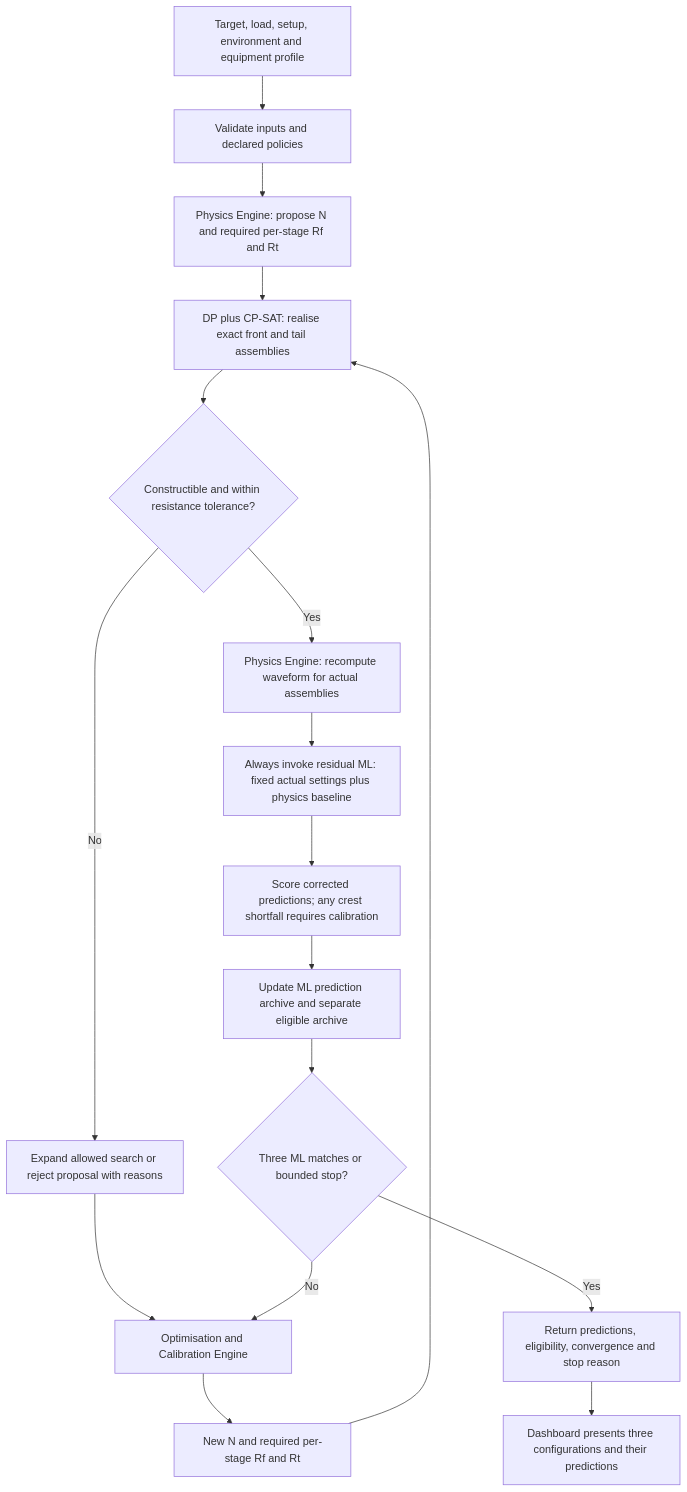
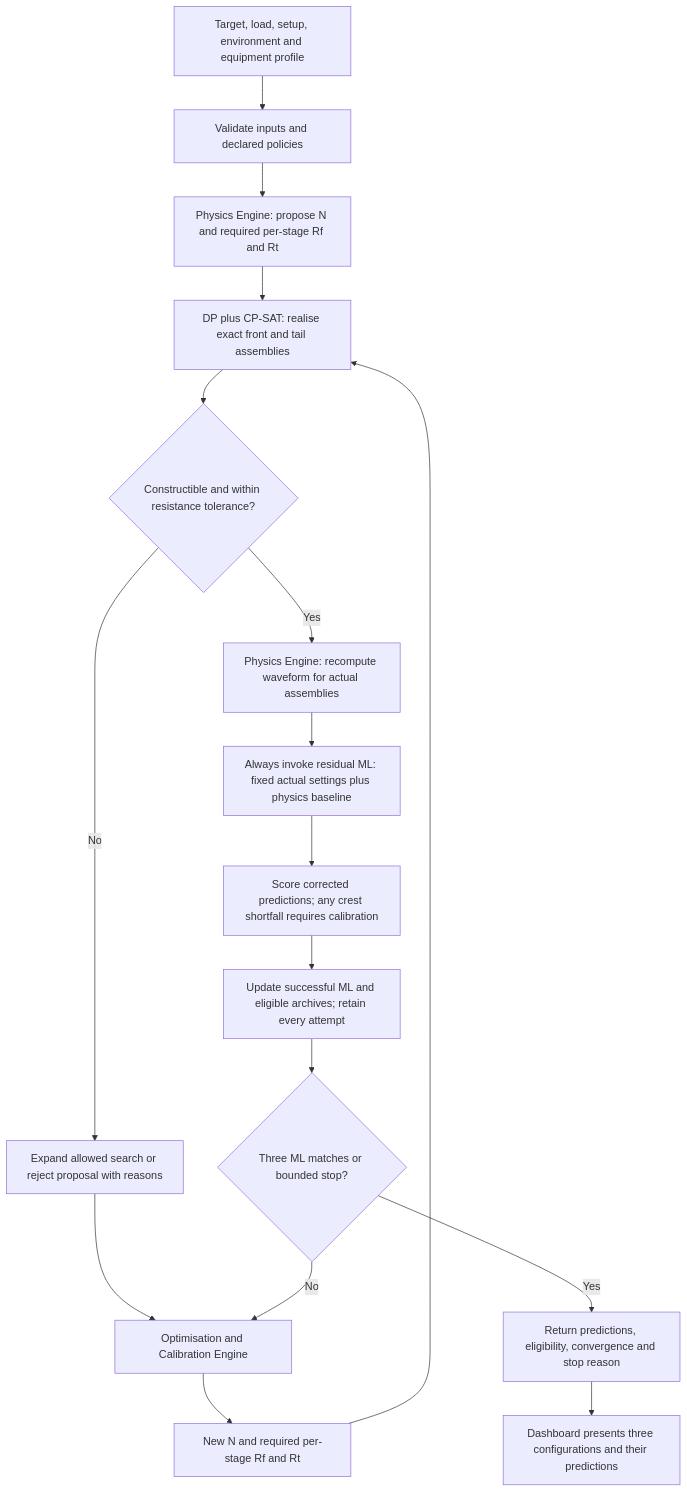
One commit to Faizaan-Nasir/ImpulseForge changed the second of 5 diagrams in docs/Marx_Generator_Architecture_Working_Document.md. Above: the diagram before and after it, drawn with Mermaid. The commit also changed other lines of this file and 26 other files, not shown here.

````diff
--- a/docs/Marx_Generator_Architecture_Working_Document.md
+++ b/docs/Marx_Generator_Architecture_Working_Document.md
@@ -247,19 +247,19 @@
 ```mermaid
 flowchart TB
     A[Target, load, setup, environment and equipment profile] --> B[Validate inputs and declared policies]
     B --> C[Physics Engine: propose N and required per-stage Rf and Rt]
     C --> D[DP plus CP-SAT: realise exact front and tail assemblies]
     D --> E{Constructible and within resistance tolerance?}
     E -->|Yes| F[Physics Engine: recompute waveform for actual assemblies]
     E -->|No| G[Expand allowed search or reject proposal with reasons]
     G --> O[Optimisation and Calibration Engine]
     F --> H[Always invoke residual ML: fixed actual settings plus physics baseline]
     H --> I[Score corrected predictions; any crest shortfall requires calibration]
-    I --> J[Update ML prediction archive and separate eligible archive]
+    I --> J[Update successful ML and eligible archives; retain every attempt]
     J --> K{Three ML matches or bounded stop?}
     K -->|No| O
     O --> L[New N and required per-stage Rf and Rt]
     L --> D
     K -->|Yes| M[Return predictions, eligibility, convergence and stop reason]
     M --> N[Dashboard presents three configurations and their predictions]
 ```
````
